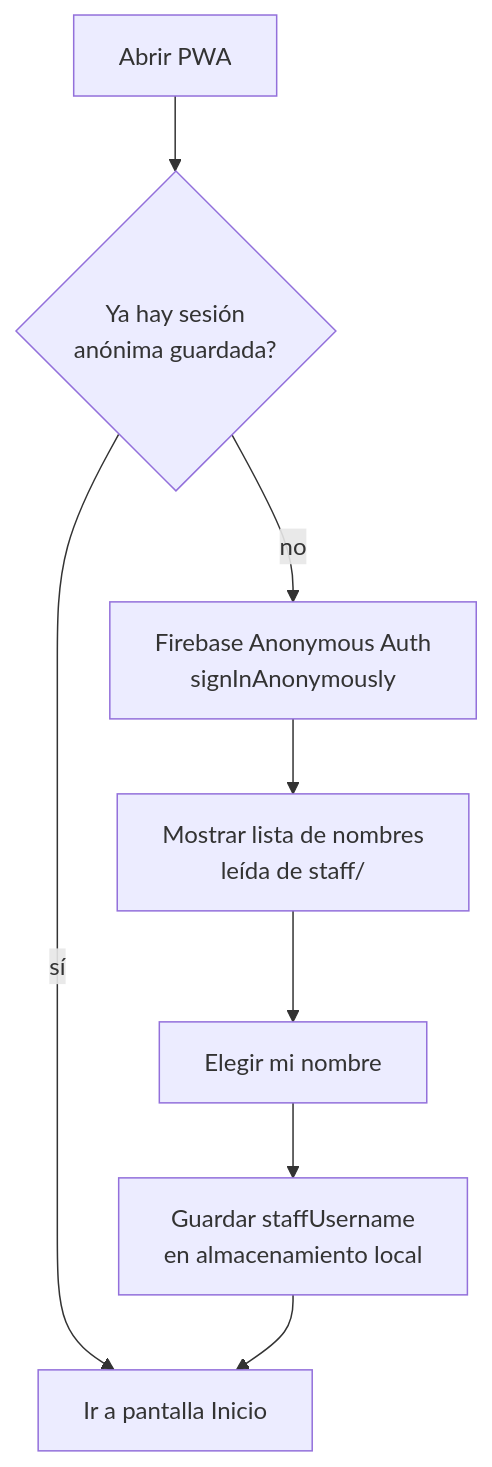
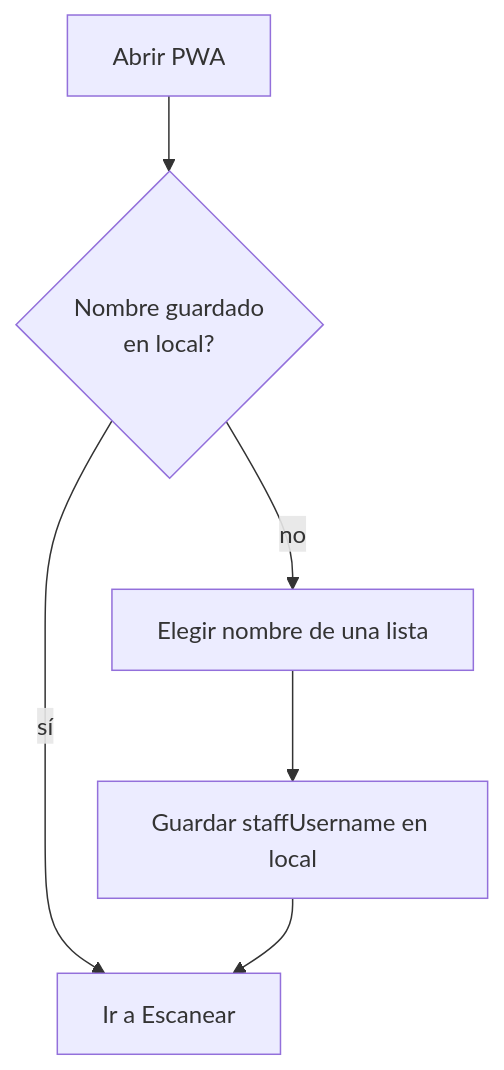
One commit to paulans17/AJ-app changed the first of 5 diagrams in docs/FLOWS.md. Above: the diagram before and after it, drawn with Mermaid. The commit also changed other lines of this file and 9 other files, not shown here.

````diff
--- a/docs/FLOWS.md
+++ b/docs/FLOWS.md
@@ -11,10 +21,8 @@
 ```mermaid
 flowchart TD
-    A[Abrir PWA] --> B{Ya hay sesión<br/>anónima guardada?}
-    B -- sí --> C[Ir a pantalla Inicio]
-    B -- no --> D[Firebase Anonymous Auth<br/>signInAnonymously]
-    D --> E[Mostrar lista de nombres<br/>leída de staff/]
-    E --> F[Elegir mi nombre]
-    F --> G[Guardar staffUsername<br/>en almacenamiento local]
-    G --> C
+    A[Abrir PWA] --> B{Nombre guardado<br/>en local?}
+    B -- sí --> C[Ir a Escanear]
+    B -- no --> D[Elegir nombre de una lista]
+    D --> E[Guardar staffUsername en local]
+    E --> C
 ```
````
